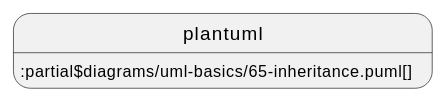
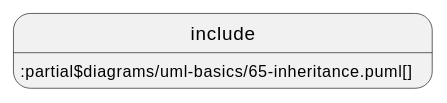
The second of 24 diagrams in documentation/IDTA-01001/modules/ROOT/pages/annex/uml.adoc (acplt/aas-specs), drawn with PlantUML before and after one commit. The commit also changed other lines of this file and 14 other files, not shown here.

First line of the commit message:
Revert "Use plantuml instead of include and test ./"

```diff
--- a/documentation/IDTA-01001/modules/ROOT/pages/annex/uml.adoc
+++ b/documentation/IDTA-01001/modules/ROOT/pages/annex/uml.adoc
@@ -46,4 +46,4 @@
 [plantuml, 65-inheritance, svg]
 ....
-plantuml::partial$diagrams/uml-basics/65-inheritance.puml[]
+include::partial$diagrams/uml-basics/65-inheritance.puml[]
 ....
```
